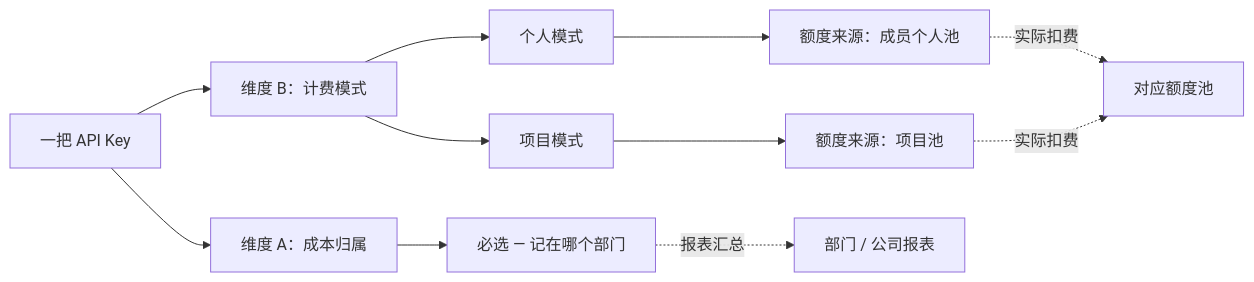
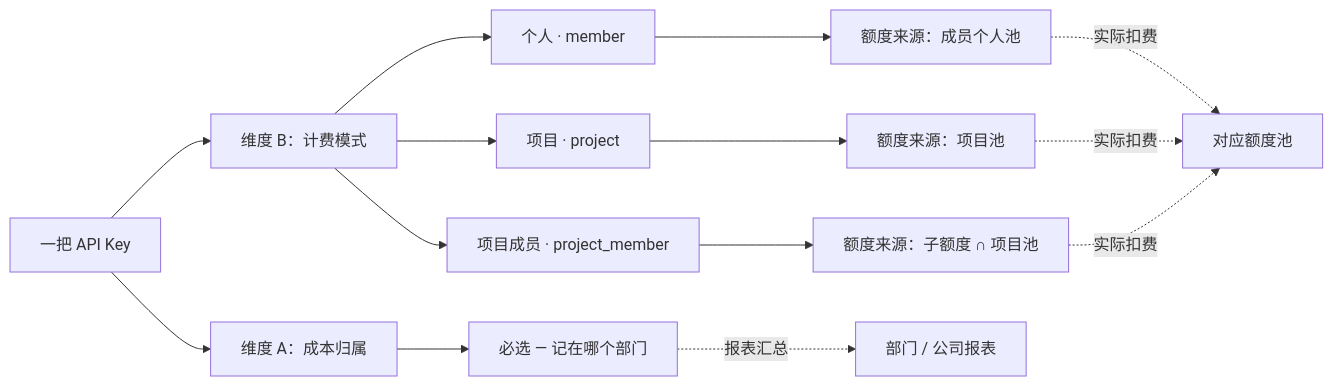
The fourth of 8 diagrams in docs/预算分配与扣减.md (quyip8818/mytokenjoy), drawn with Mermaid before and after one commit. The commit also changed other lines of this file and 105 other files, not shown here.

First line of the commit message:
refactor(budget): 三轴预算执法与 project_member scope

````diff
--- a/docs/预算分配与扣减.md
+++ b/docs/预算分配与扣减.md
@@ -155,17 +157,19 @@
 ```mermaid
 flowchart LR
   KEY[一把 API Key]
 
   KEY --> ATTR[维度 A：成本归属]
   ATTR --> DEPT[必选 — 记在哪个部门]
 
   KEY --> MODE[维度 B：计费模式]
-  MODE --> M1[个人模式]
-  MODE --> M2[项目模式]
+  MODE --> M1[个人 · member]
+  MODE --> M2[项目 · project]
+  MODE --> M3[项目成员 · project_member]
 
   M1 --> FROM1[额度来源：成员个人池]
   M2 --> FROM2[额度来源：项目池]
+  M3 --> FROM3[额度来源：子额度 ∩ 项目池]
 
   DEPT -.->|报表汇总| RPT[部门 / 公司报表]
-  FROM1 & FROM2 -.->|实际扣费| POOLS[对应额度池]
+  FROM1 & FROM2 & FROM3 -.->|实际扣费| POOLS[对应额度池]
 ```
````
